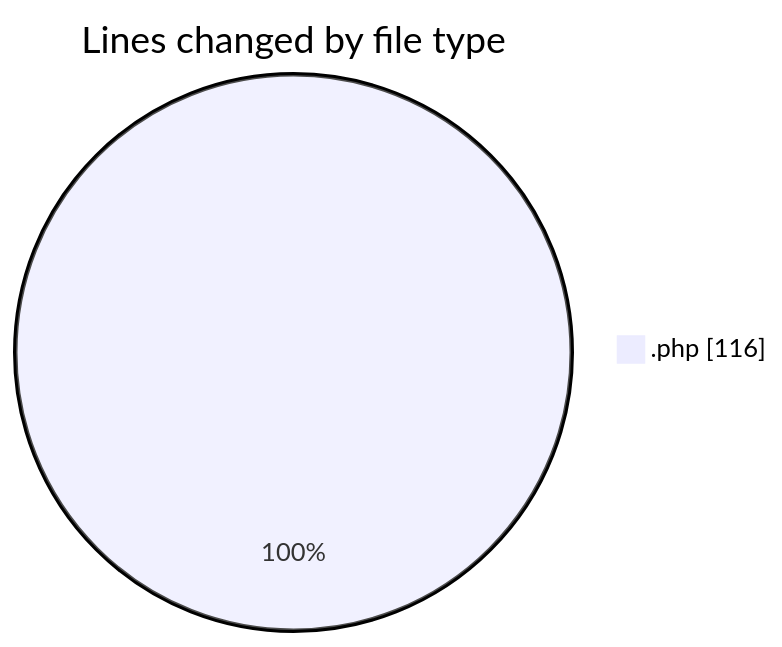
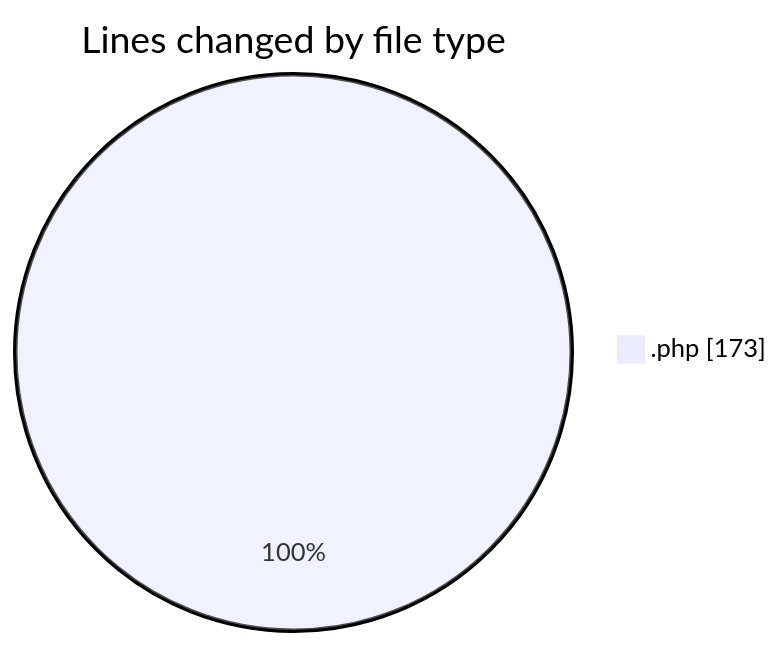
The first of 2 diagrams in 2025-06-06/qrcodejs-master/README.md (LanceThiago/code-tracking), drawn with Mermaid before and after one commit. The commit also changed other lines of this file and 1 other file, not shown here.

````diff
--- a/2025-06-06/qrcodejs-master/README.md
+++ b/2025-06-06/qrcodejs-master/README.md
@@ -20,5 +21,5 @@
 ```mermaid
 pie showData
 title Lines changed by file type
-".php" : 116
+".php" : 173
 ```
````
